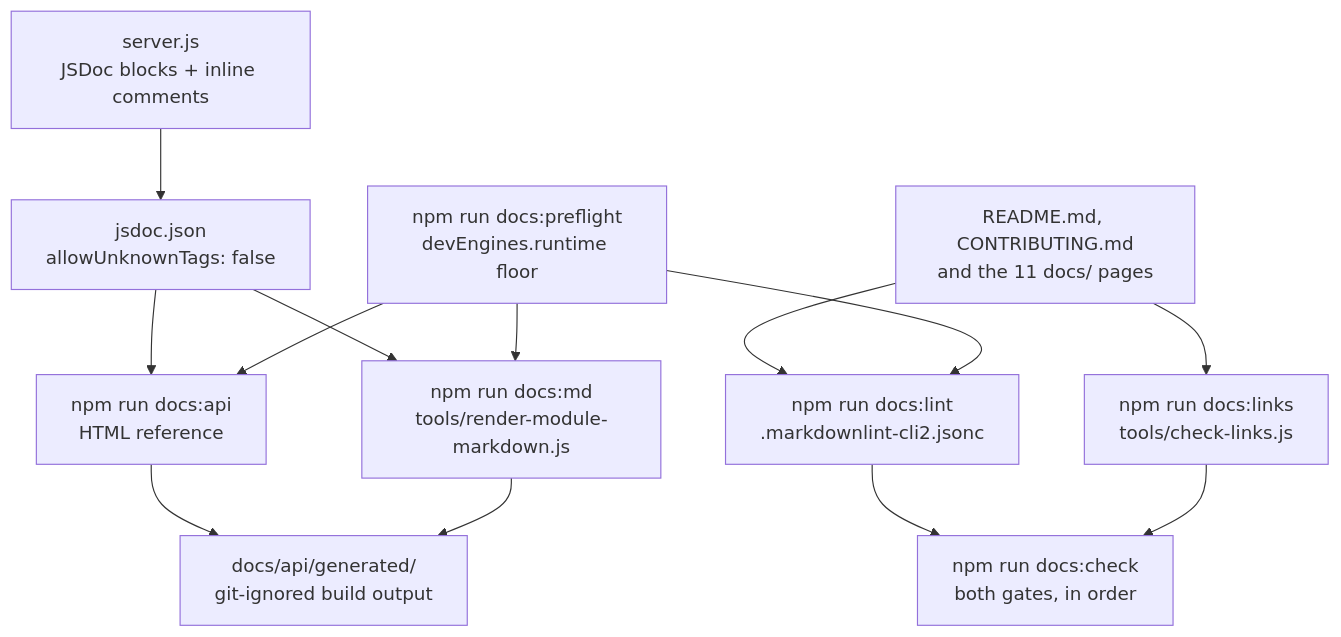
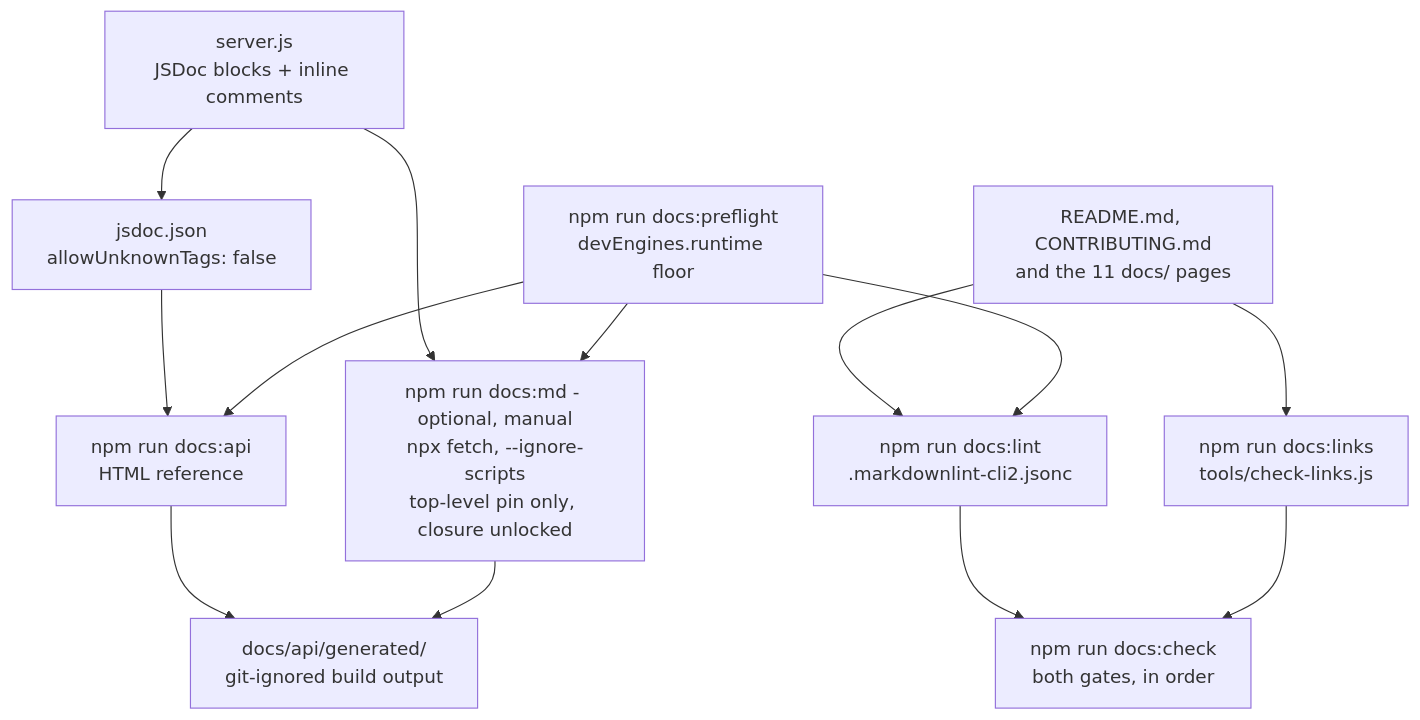
Before and after one commit to Sandeep01Kumar/existing-projects-qa-test-03-dec: the diagram in CONTRIBUTING.md, drawn with Mermaid. The commit also changed other lines of this file and 15 other files, not shown here.

````diff
--- a/CONTRIBUTING.md
+++ b/CONTRIBUTING.md
@@ -147,27 +166,27 @@
 ```mermaid
 flowchart TD
     SRC["server.js<br/>JSDoc blocks + inline comments"]
     CFG["jsdoc.json<br/>allowUnknownTags: false"]
     API["npm run docs:api<br/>HTML reference"]
-    MD["npm run docs:md<br/>tools/render-module-markdown.js"]
+    MD["npm run docs:md - optional, manual<br/>npx fetch, --ignore-scripts<br/>top-level pin only, closure unlocked"]
     GEN["docs/api/generated/<br/>git-ignored build output"]
     PAGES["README.md, CONTRIBUTING.md<br/>and the 11 docs/ pages"]
     LINT["npm run docs:lint<br/>.markdownlint-cli2.jsonc"]
     LINKS["npm run docs:links<br/>tools/check-links.js"]
     CHECK["npm run docs:check<br/>both gates, in order"]
     PRE["npm run docs:preflight<br/>devEngines.runtime floor"]
     SRC --> CFG
     CFG --> API
-    CFG --> MD
+    SRC --> MD
     API --> GEN
     MD --> GEN
     PAGES --> LINT
     PAGES --> LINKS
     LINT --> CHECK
     LINKS --> CHECK
     PRE --> API
     PRE --> MD
     PRE --> LINT
 %% Generated output is never linted and never linked: authored pages are the
 %% corpus, and docs/api/generated/ is a disposable product of the same source.
 ```
````
